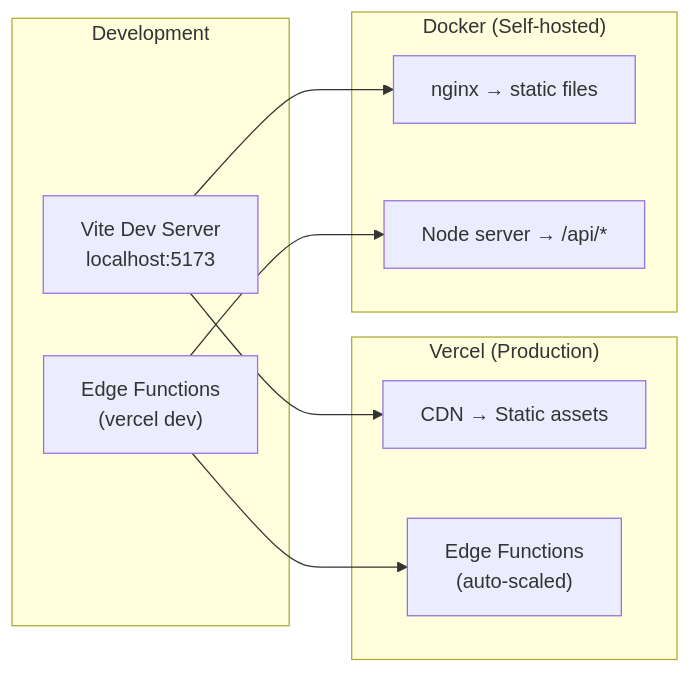
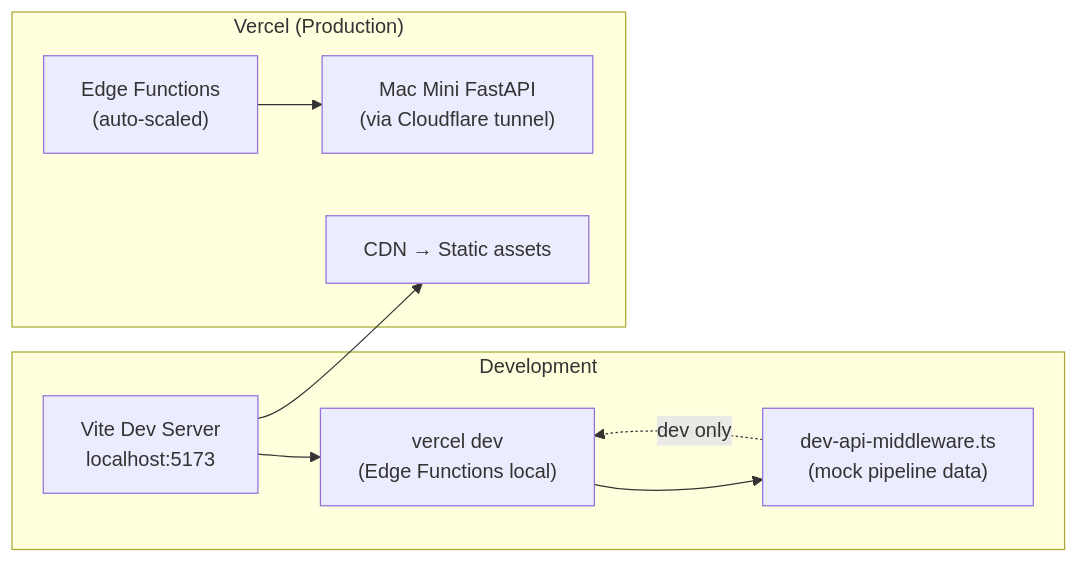
The fifth of 5 diagrams in docs/technical/system-architecture.md (phuc-nt/my-epidemic-monitor), drawn with Mermaid before and after one commit. The commit also changed other lines of this file and 1 other file, not shown here.

First line of the commit message:
fix: use Vietnamese disease names and consistent id format in pipeline hotspots

````diff
--- a/docs/technical/system-architecture.md
+++ b/docs/technical/system-architecture.md
@@ -258,22 +336,20 @@
 ```mermaid
 graph LR
     subgraph Dev["Development"]
         VD["Vite Dev Server<br/>localhost:5173"]
-        API_LOCAL["Edge Functions<br/>(vercel dev)"]
+        API_LOCAL["vercel dev<br/>(Edge Functions local)"]
+        MW["dev-api-middleware.ts<br/>(mock pipeline data)"]
     end
 
-    subgraph Prod_V["Vercel (Production)"]
+    subgraph Prod["Vercel (Production)"]
         CDN["CDN → Static assets"]
         EF_V["Edge Functions<br/>(auto-scaled)"]
+        MM_API["Mac Mini FastAPI<br/>(via Cloudflare tunnel)"]
     end
 
-    subgraph Prod_D["Docker (Self-hosted)"]
-        NG["nginx → static files"]
-        EF_D["Node server → /api/*"]
-    end
-
+    VD --> API_LOCAL
+    API_LOCAL --> MW
+    MW -.->|"dev only"| API_LOCAL
     VD --> CDN
-    API_LOCAL --> EF_V
-    VD --> NG
-    API_LOCAL --> EF_D
+    EF_V --> MM_API
 ```
````
